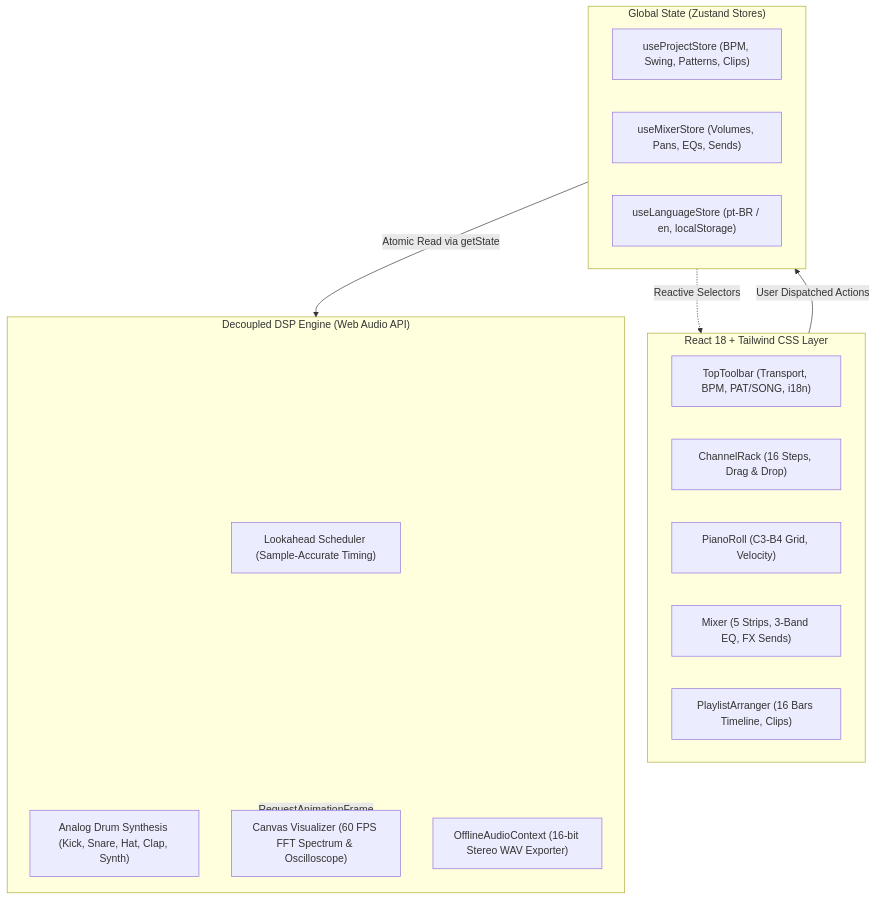
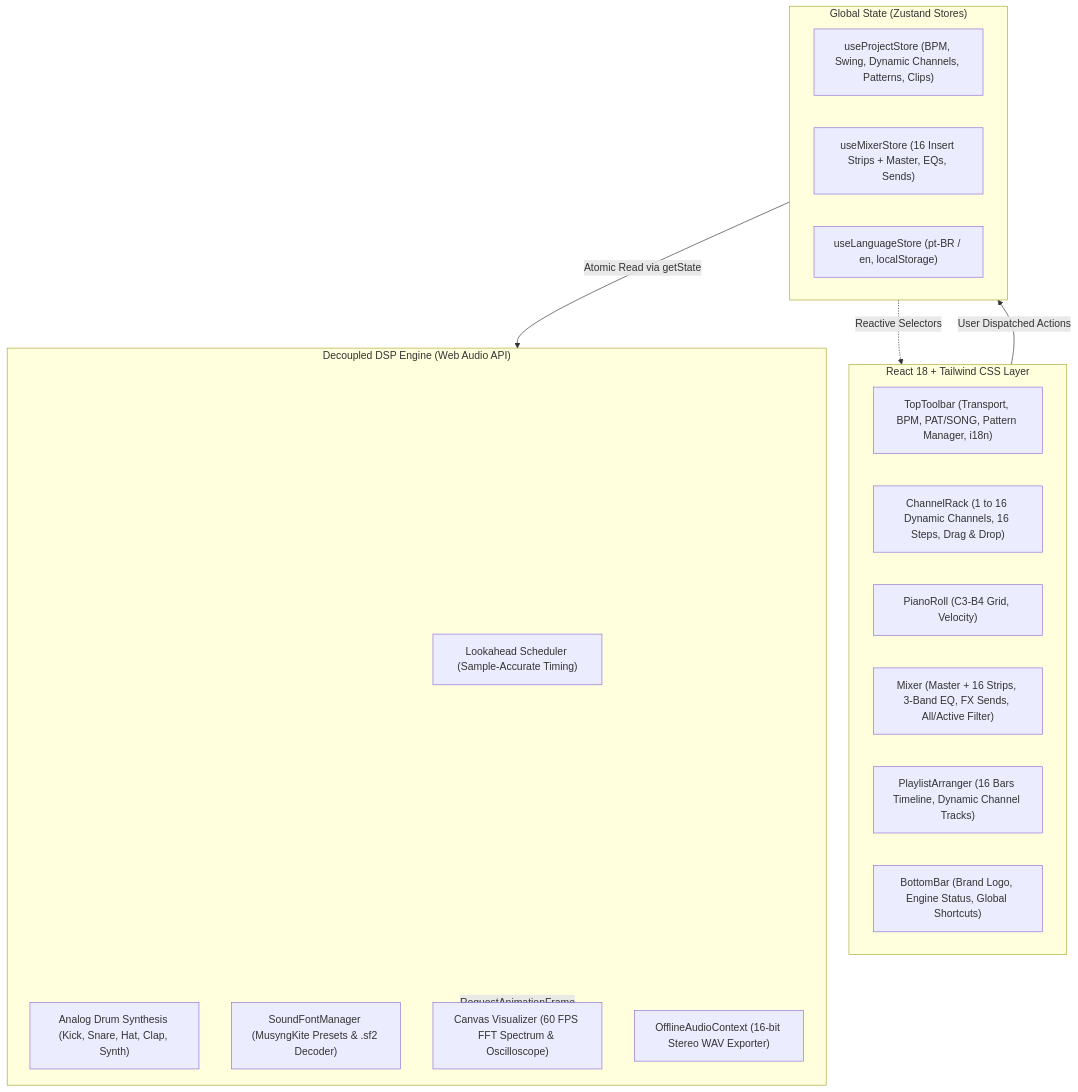
One commit to jhcarboni/musicx-studio changed the diagram in README.en.md. Above: the diagram before and after it, drawn with Mermaid. The commit also changed other lines of this file and 1 other file, not shown here.

Commit message:
docs: atualiza README.md e README.en.md com canais dinâmicos (1 a 16), mixer de 16 inserts e SoundFontManager

````diff
--- a/README.en.md
+++ b/README.en.md
@@ -17,28 +17,30 @@
 ```mermaid
 graph TD
     subgraph UI ["React 18 + Tailwind CSS Layer"]
-        TopBar["TopToolbar (Transport, BPM, PAT/SONG, i18n)"]
-        Rack["ChannelRack (16 Steps, Drag & Drop)"]
+        TopBar["TopToolbar (Transport, BPM, PAT/SONG, Pattern Manager, i18n)"]
+        Rack["ChannelRack (1 to 16 Dynamic Channels, 16 Steps, Drag & Drop)"]
         PR["PianoRoll (C3-B4 Grid, Velocity)"]
-        MixerUI["Mixer (5 Strips, 3-Band EQ, FX Sends)"]
-        PlaylistUI["PlaylistArranger (16 Bars Timeline, Clips)"]
+        MixerUI["Mixer (Master + 16 Strips, 3-Band EQ, FX Sends, All/Active Filter)"]
+        PlaylistUI["PlaylistArranger (16 Bars Timeline, Dynamic Channel Tracks)"]
+        StatusBar["BottomBar (Brand Logo, Engine Status, Global Shortcuts)"]
     end
 
     subgraph State ["Global State (Zustand Stores)"]
-        useProjectStore["useProjectStore (BPM, Swing, Patterns, Clips)"]
-        useMixerStore["useMixerStore (Volumes, Pans, EQs, Sends)"]
+        useProjectStore["useProjectStore (BPM, Swing, Dynamic Channels, Patterns, Clips)"]
+        useMixerStore["useMixerStore (16 Insert Strips + Master, EQs, Sends)"]
         useLanguageStore["useLanguageStore (pt-BR / en, localStorage)"]
     end
 
     subgraph Engine ["Decoupled DSP Engine (Web Audio API)"]
         Scheduler["Lookahead Scheduler (Sample-Accurate Timing)"]
         Synths["Analog Drum Synthesis (Kick, Snare, Hat, Clap, Synth)"]
+        SFManager["SoundFontManager (MusyngKite Presets & .sf2 Decoder)"]
         Visualizer["Canvas Visualizer (60 FPS FFT Spectrum & Oscilloscope)"]
         OfflineRender["OfflineAudioContext (16-bit Stereo WAV Exporter)"]
     end
 
     UI -->|User Dispatched Actions| State
     State -.->|Reactive Selectors| UI
     State -->|Atomic Read via getState| Engine
     Engine -->|RequestAnimationFrame| Visualizer
 ```
````
